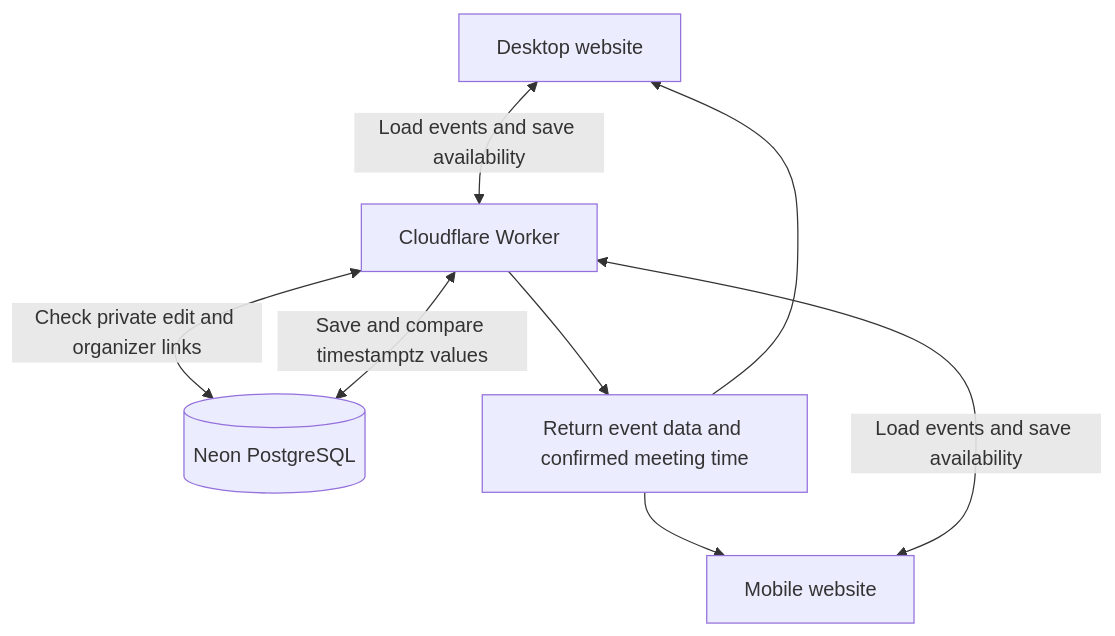
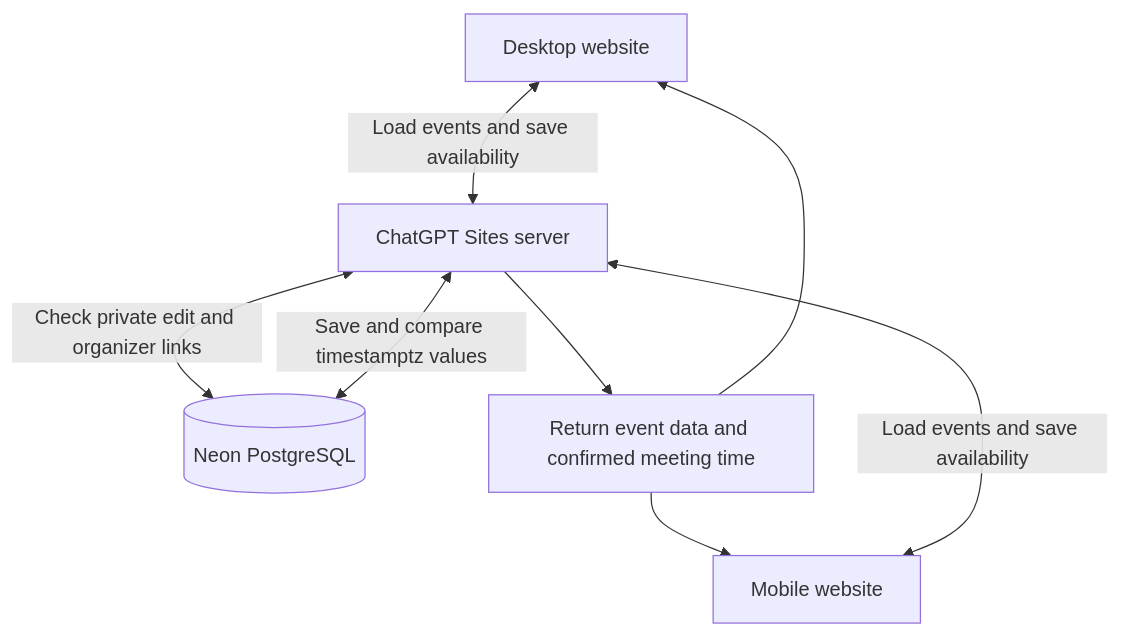
The second of 3 diagrams in docs/flowchart.md (jimmy181211/whenkin), drawn with Mermaid before and after one commit. The commit also changed 128 other files, not shown here.

Commit message:
Host Whenkin in ChatGPT Sites with Neon and verified desktop/mobile layouts

````diff
--- a/docs/flowchart.md
+++ b/docs/flowchart.md
@@ -27,10 +27,10 @@
 ```mermaid
 flowchart TD
-    D[Desktop website] <-->|Load events and save availability| W[Cloudflare Worker]
+    D[Desktop website] <-->|Load events and save availability| W[ChatGPT Sites server]
     M[Mobile website] <-->|Load events and save availability| W
     W <-->|Check private edit and organizer links| P[(Neon PostgreSQL)]
     W <-->|Save and compare timestamptz values| P
     W --> R[Return event data and confirmed meeting time]
     R --> D
     R --> M
 ```
````
